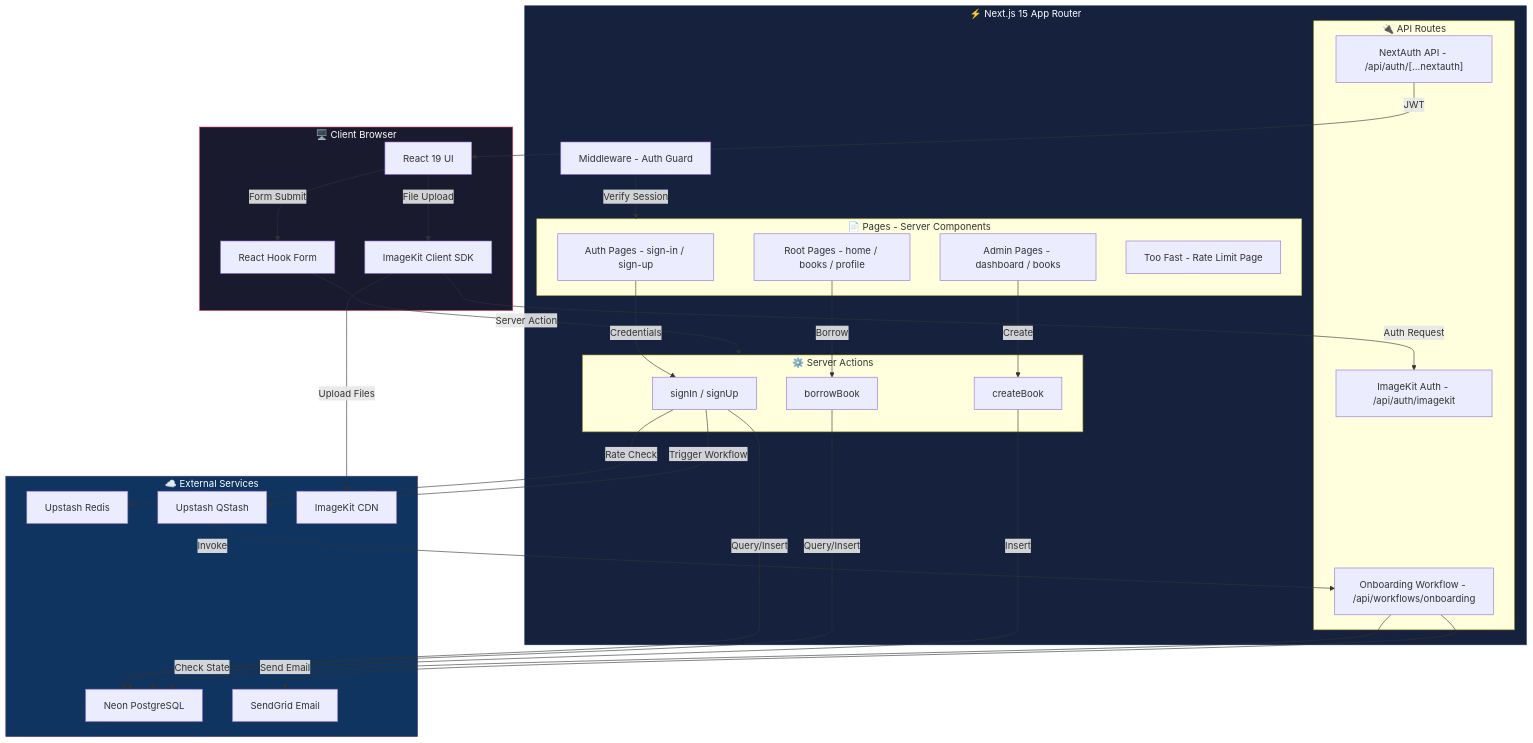
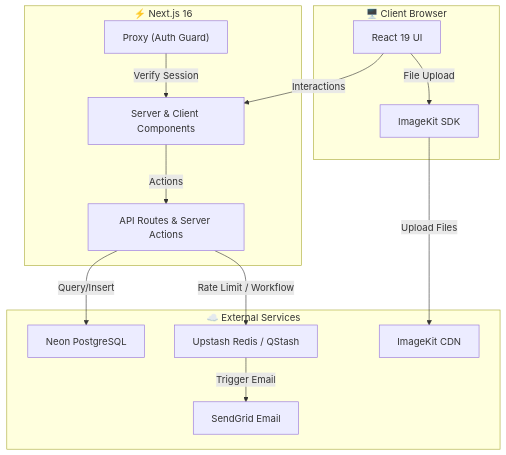
Before and after one commit to codesbysaravana/bookdom: the first of 2 diagrams in README.md, drawn with Mermaid. The commit also changed other lines of this file and 8 other files, not shown here.

````diff
--- a/README.md
+++ b/README.md
@@ -105,66 +46,31 @@
 ```mermaid
 graph TB
     subgraph Client["🖥️ Client Browser"]
         UI["React 19 UI"]
-        RHF["React Hook Form"]
-        IK_CLIENT["ImageKit Client SDK"]
+        IK_CLIENT["ImageKit SDK"]
     end
 
-    subgraph NextJS["⚡ Next.js 15 App Router"]
-        MW["Middleware - Auth Guard"]
-        
-        subgraph Pages["📄 Pages - Server Components"]
-            AUTH_PAGES["Auth Pages - sign-in / sign-up"]
-            ROOT_PAGES["Root Pages - home / books / profile"]
-            ADMIN_PAGES["Admin Pages - dashboard / books"]
-            TOO_FAST["Too Fast - Rate Limit Page"]
-        end
-        
-        subgraph API["🔌 API Routes"]
-            AUTH_API["NextAuth API - /api/auth/[...nextauth]"]
-            IK_API["ImageKit Auth - /api/auth/imagekit"]
-            WF_API["Onboarding Workflow - /api/workflows/onboarding"]
-        end
-        
-        subgraph Actions["⚙️ Server Actions"]
-            AUTH_ACTIONS["signIn / signUp"]
-            BOOK_ACTIONS["borrowBook"]
-            ADMIN_ACTIONS["createBook"]
-        end
+    subgraph NextJS["⚡ Next.js 16"]
+        PROXY["Proxy (Auth Guard)"]
+        PAGES["Server & Client Components"]
+        API["API Routes & Server Actions"]
     end
 
     subgraph External["☁️ External Services"]
         NEON["Neon PostgreSQL"]
-        REDIS["Upstash Redis"]
-        QSTASH["Upstash QStash"]
+        REDIS["Upstash Redis / QStash"]
         SENDGRID["SendGrid Email"]
         IMAGEKIT["ImageKit CDN"]
     end
 
-    UI -->|"Form Submit"| RHF
-    RHF -->|"Server Action"| Actions
+    UI -->|"Interactions"| PAGES
     UI -->|"File Upload"| IK_CLIENT
-    IK_CLIENT -->|"Auth Request"| IK_API
     IK_CLIENT -->|"Upload Files"| IMAGEKIT
+    
+    PROXY -->|"Verify Session"| PAGES
+    PAGES -->|"Actions"| API
 
-    MW -->|"Verify Session"| Pages
-    AUTH_PAGES -->|"Credentials"| AUTH_ACTIONS
-    ROOT_PAGES -->|"Borrow"| BOOK_ACTIONS
-    ADMIN_PAGES -->|"Create"| ADMIN_ACTIONS
-
-    AUTH_ACTIONS -->|"Rate Check"| REDIS
-    AUTH_ACTIONS -->|"Query/Insert"| NEON
-    AUTH_ACTIONS -->|"Trigger Workflow"| QSTASH
-    BOOK_ACTIONS -->|"Query/Insert"| NEON
-    ADMIN_ACTIONS -->|"Insert"| NEON
-
-    WF_API -->|"Send Email"| SENDGRID
-    WF_API -->|"Check State"| NEON
-    QSTASH -->|"Invoke"| WF_API
-
-    AUTH_API -->|"JWT"| UI
-
-    style Client fill:#1a1a2e,stroke:#e94560,color:#fff
-    style NextJS fill:#16213e,stroke:#0f3460,color:#fff
-    style External fill:#0f3460,stroke:#533483,color:#fff
+    API -->|"Query/Insert"| NEON
+    API -->|"Rate Limit / Workflow"| REDIS
+    REDIS -->|"Trigger Email"| SENDGRID
 ```
````
